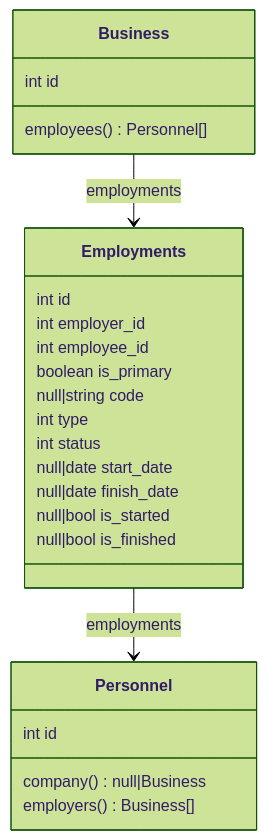
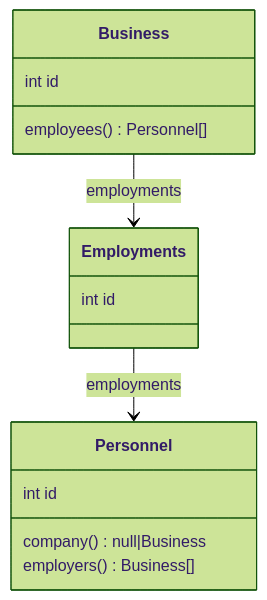
The fourth of 7 diagrams in database/README.md (creasico/laravel-base), drawn with Mermaid (forest theme) before and after one commit. The commit also changed other lines of this file and 3 other files, not shown here.

````diff
--- a/database/README.md
+++ b/database/README.md
@@ -260,28 +256,18 @@
 ```mermaid
 classDiagram
      Employments --> Personnel : employments
      Business --> Employments : employments
 
     class Business {
         int id
         employees() Personnel[]
     }
     class Personnel {
         int id
         company() null|Business
         employers() Business[]
     }
     class Employments {
         int id
-        int employer_id
-        int employee_id
-        boolean is_primary
-        null|string code
-        int type
-        int status
-        null|date start_date
-        null|date finish_date
-        null|bool is_started
-        null|bool is_finished
     }
 ```
````
